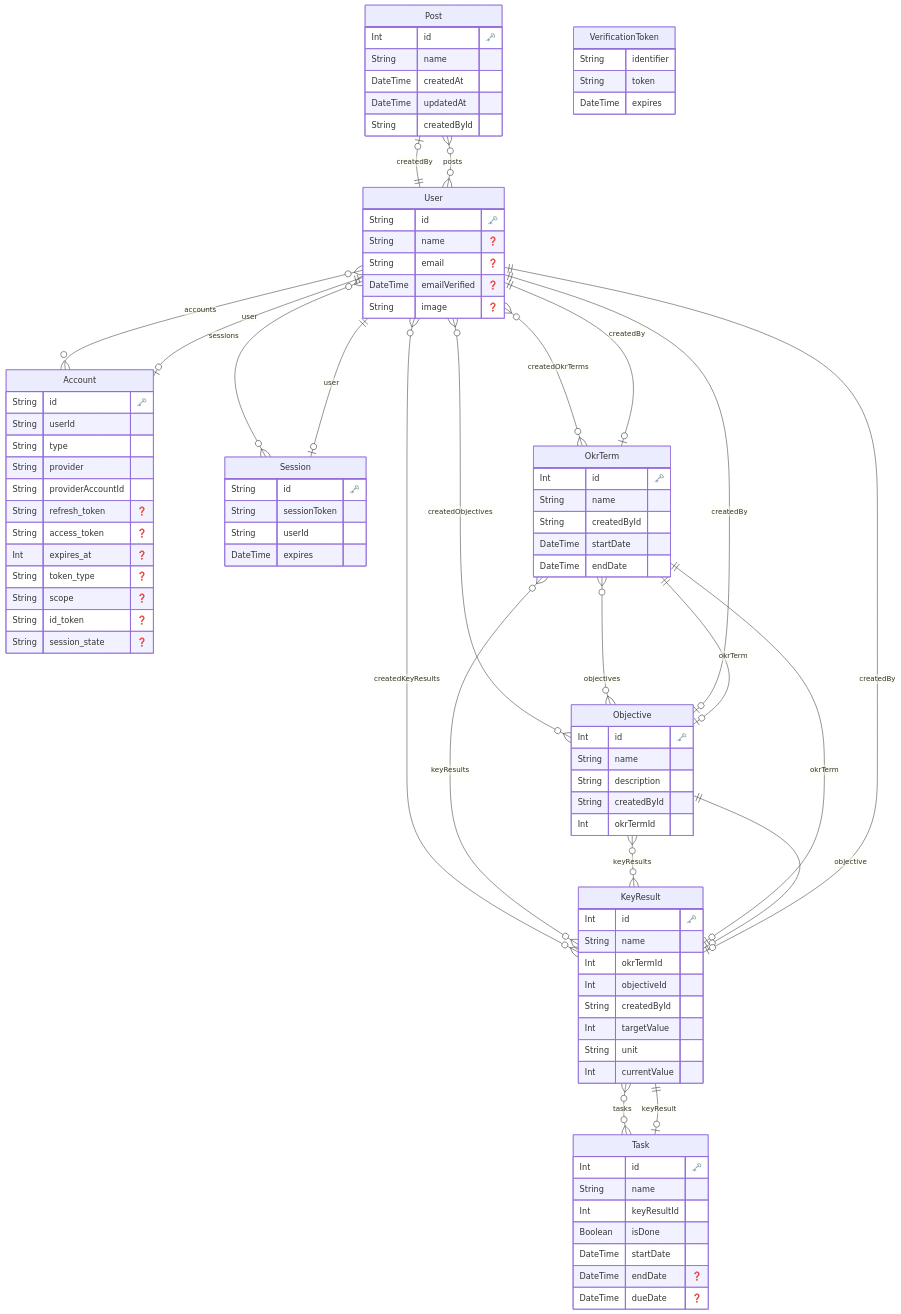
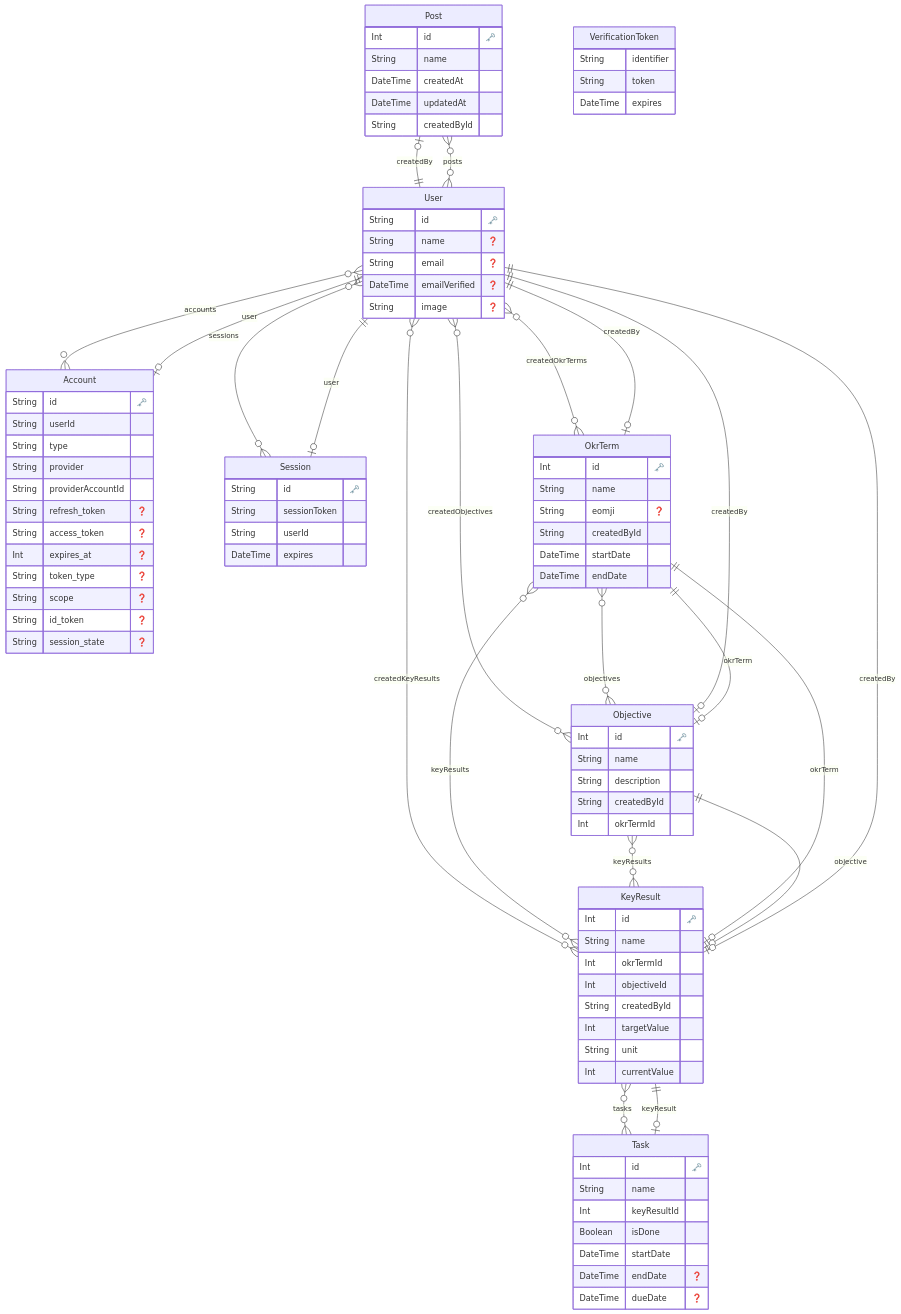
One commit to hiro-minami/moonshot changed the diagram in prisma/ERD.md. Above: the diagram before and after it, drawn with Mermaid. The commit also changed 2 other files, not shown here.

Commit message:
feat: add emoji column

```diff
--- a/prisma/ERD.md
+++ b/prisma/ERD.md
@@ -53,6 +53,7 @@
   "OkrTerm" {
     Int id "🗝️"
     String name 
+    String eomji "❓"
     String createdById 
     DateTime startDate 
     DateTime endDate 
```
